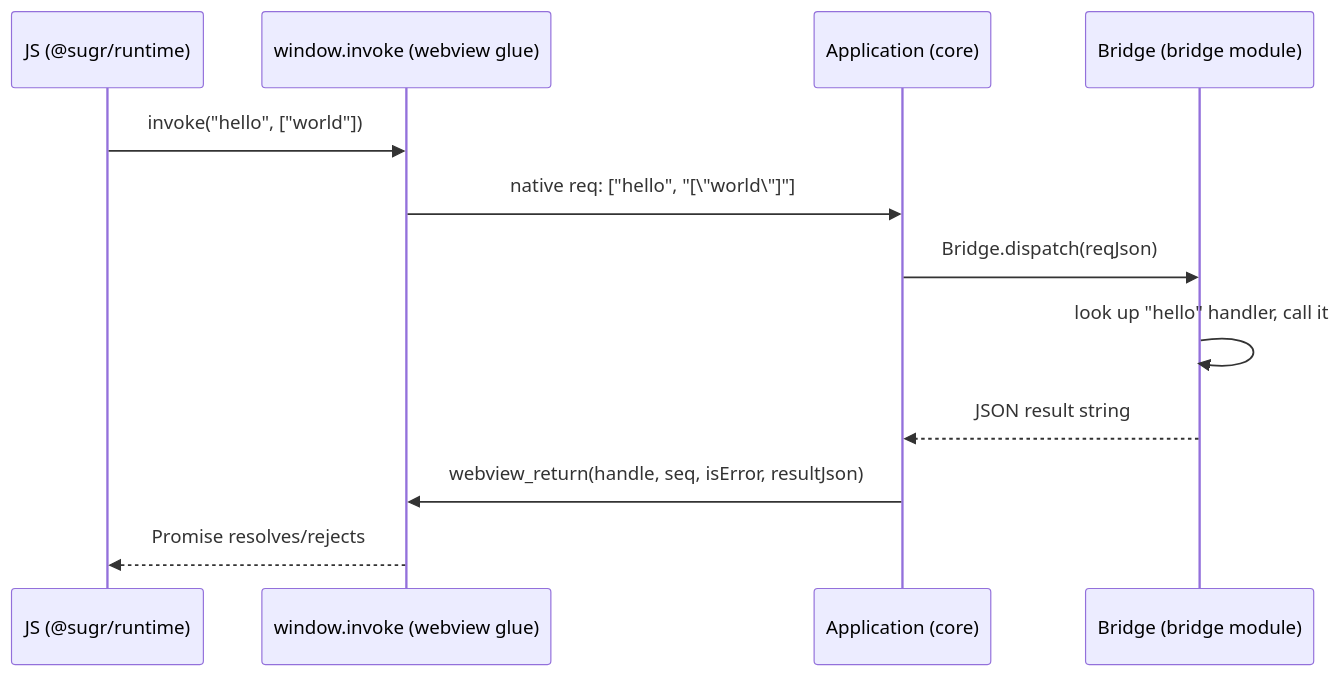
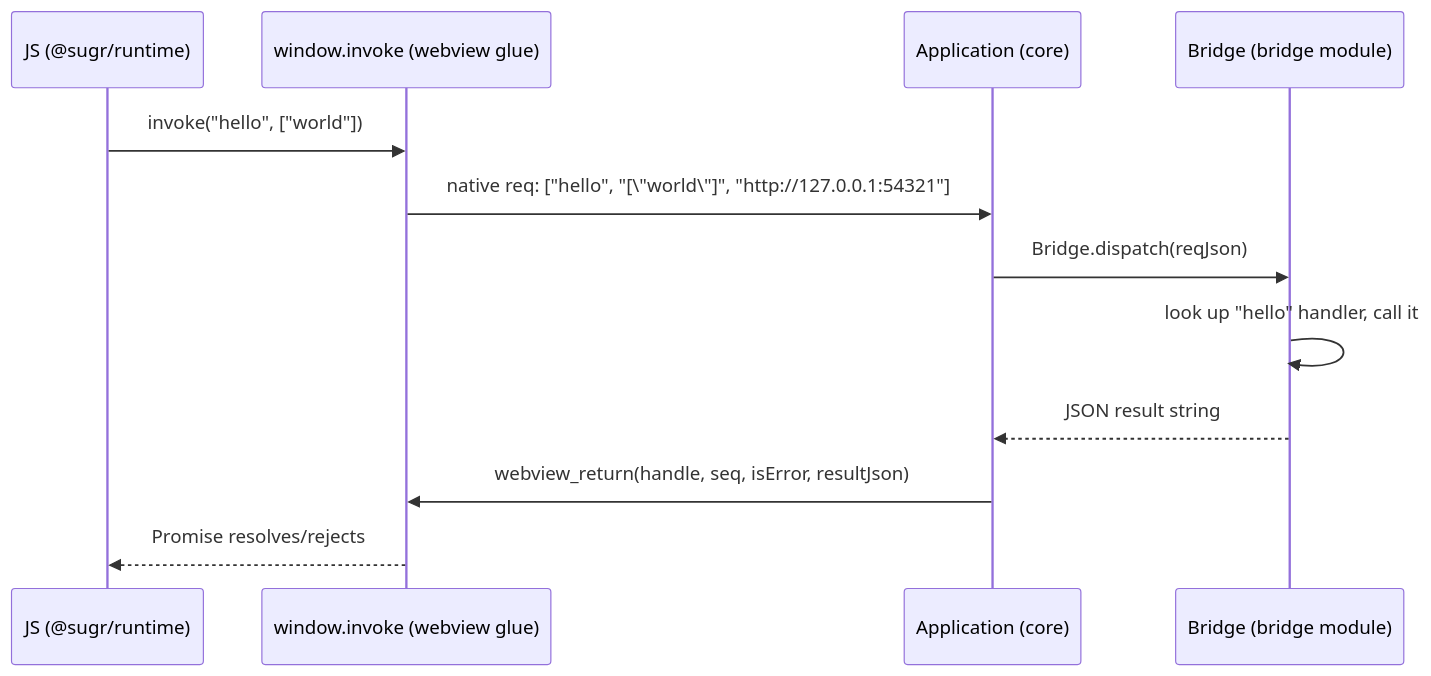
One commit to sugr-app/sugr changed the second of 2 diagrams in docs/how-it-works.md. Above: the diagram before and after it, drawn with Mermaid. The commit also changed other lines of this file and 7 other files, not shown here.

````diff
--- a/docs/how-it-works.md
+++ b/docs/how-it-works.md
@@ -81,15 +83,15 @@
 ```mermaid
 sequenceDiagram
     participant JS as JS (@sugr/runtime)
     participant Raw as window.invoke (webview glue)
     participant App as Application (core)
     participant Bridge as Bridge (bridge module)
 
     JS->>Raw: invoke("hello", ["world"])
-    Raw->>App: native req: ["hello", "[\"world\"]"]
+    Raw->>App: native req: ["hello", "[\"world\"]", "http://127.0.0.1:54321"]
     App->>Bridge: Bridge.dispatch(reqJson)
     Bridge->>Bridge: look up "hello" handler, call it
     Bridge-->>App: JSON result string
     App->>Raw: webview_return(handle, seq, isError, resultJson)
     Raw-->>JS: Promise resolves/rejects
 ```
````
